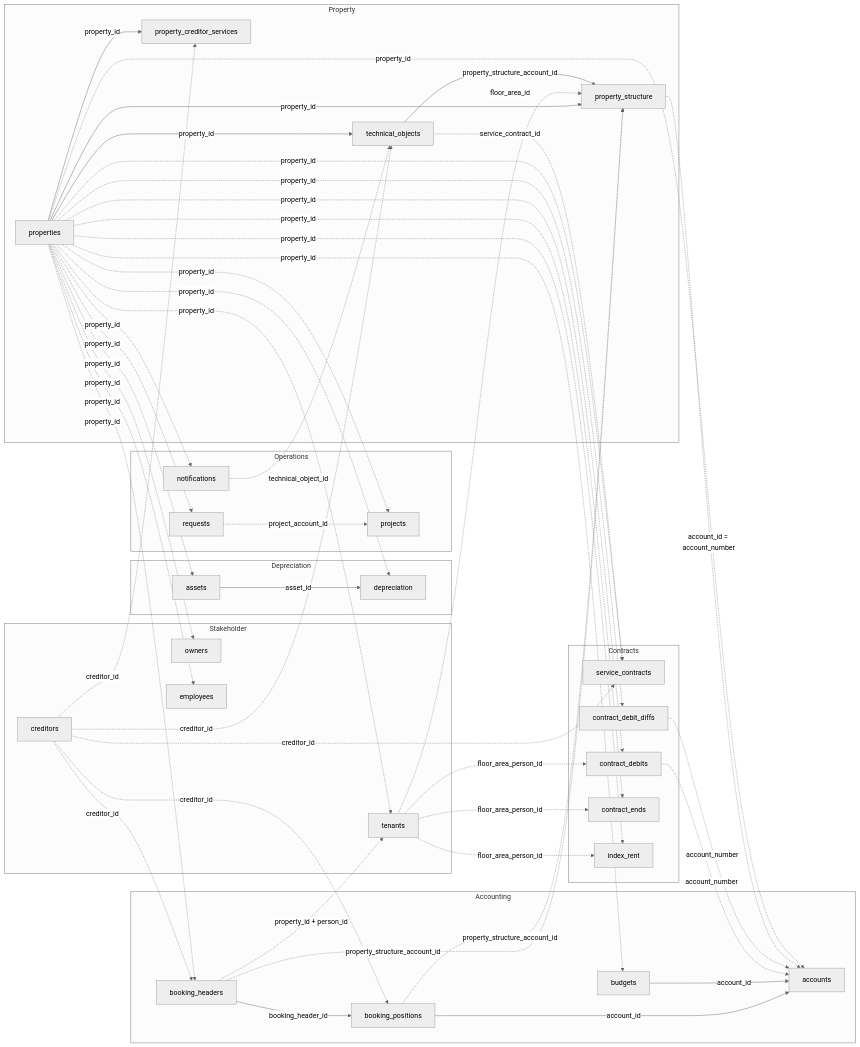
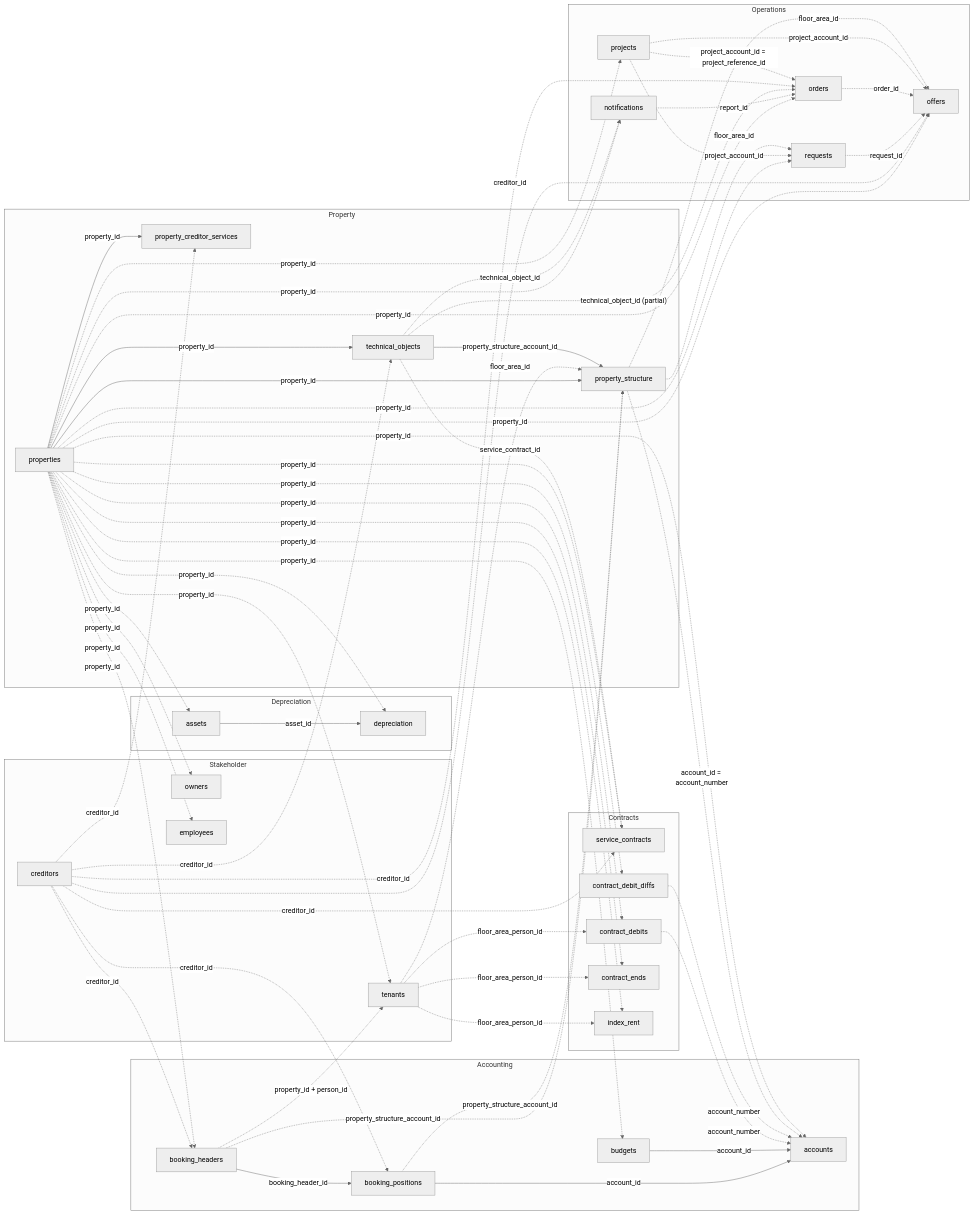
The diagram in v1/data-model/overview.mdx (Trassets-ai/api-docs), drawn with Mermaid (neutral theme) before and after one commit. The commit also changed other lines of this file and 9 other files, not shown here.

First line of the commit message:
docs(v1): offers- und orders-Feldreferenz, personal-Grant-Hinweise (#110)

````diff
--- a/v1/data-model/overview.mdx
+++ b/v1/data-model/overview.mdx
@@ -71,6 +71,8 @@
   subgraph Operations
     notifications["notifications"]
     projects["projects"]
+    offers["offers"]
+    orders["orders"]
     requests["requests"]
   end
 
@@ -85,7 +87,7 @@
   properties -.->|property_id| notifications
   properties -.->|property_id| projects
   properties -.->|property_id| requests
-  requests -.->|project_account_id| projects
+  projects -.->|project_account_id| requests
   properties -->|property_id| technical_objects
   properties -->|property_id| property_creditor_services
   properties -->|property_id| property_structure
@@ -108,7 +110,7 @@
   contract_debit_diffs -.->|account_number| accounts
   property_structure -.->|account_id = account_number| accounts
   properties -.->|property_id| accounts
-  notifications -.->|technical_object_id| technical_objects
+  technical_objects -.->|technical_object_id| notifications
   technical_objects -.->|service_contract_id| service_contracts
   booking_header -.->|property_id + person_id| tenants
   tenants -.->|floor_area_person_id| contract_debits
@@ -125,4 +127,16 @@
   creditor -.->|creditor_id| service_contracts
   creditor -.->|creditor_id| booking_header
   creditor -.->|creditor_id| booking_positions
+  properties -.->|property_id| offers
+  properties -.->|property_id| orders
+  notifications -.->|report_id| orders
+  technical_objects -.->|"technical_object_id (partial)"| orders
+  creditor -.->|creditor_id| orders
+  creditor -.->|creditor_id| offers
+  requests -.->|request_id| offers
+  orders -.->|order_id| offers
+  projects -.->|project_account_id| offers
+  projects -.->|"project_account_id = project_reference_id"| orders
+  property_structure -.->|floor_area_id| requests
+  property_structure -.->|floor_area_id| offers
 ```
````
